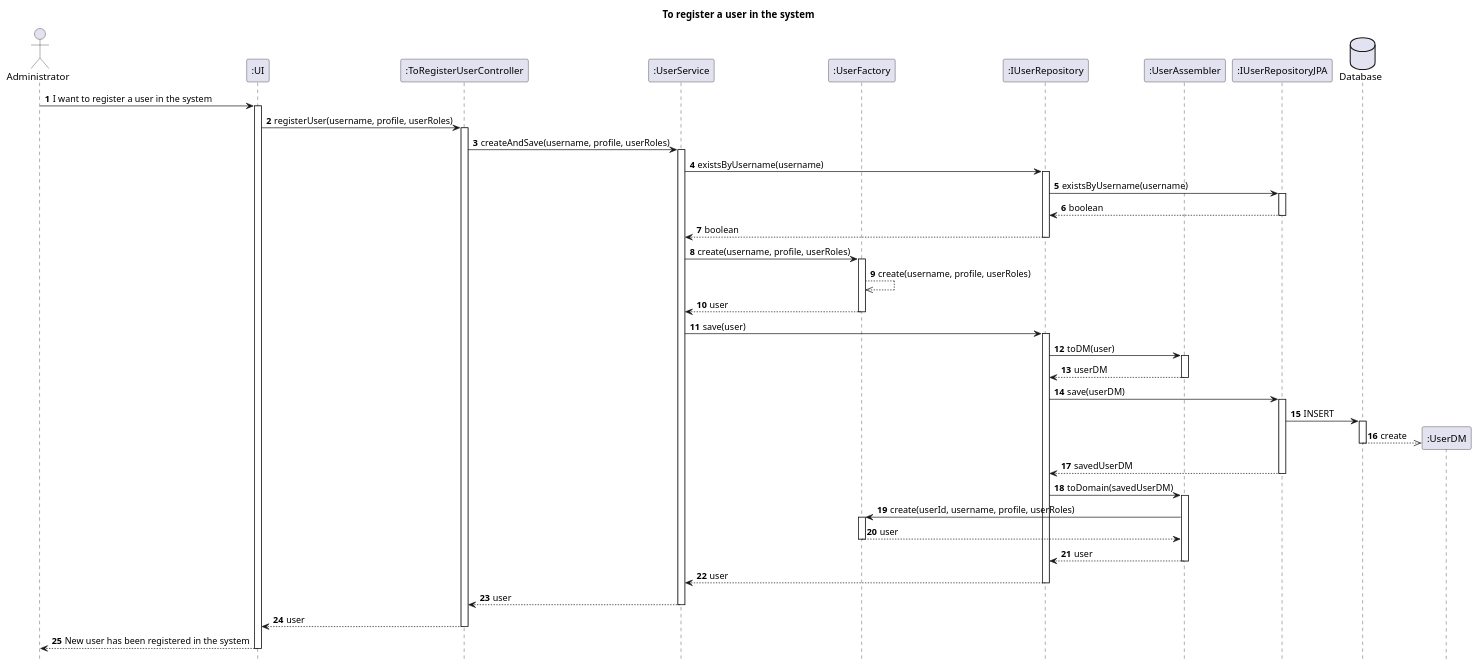
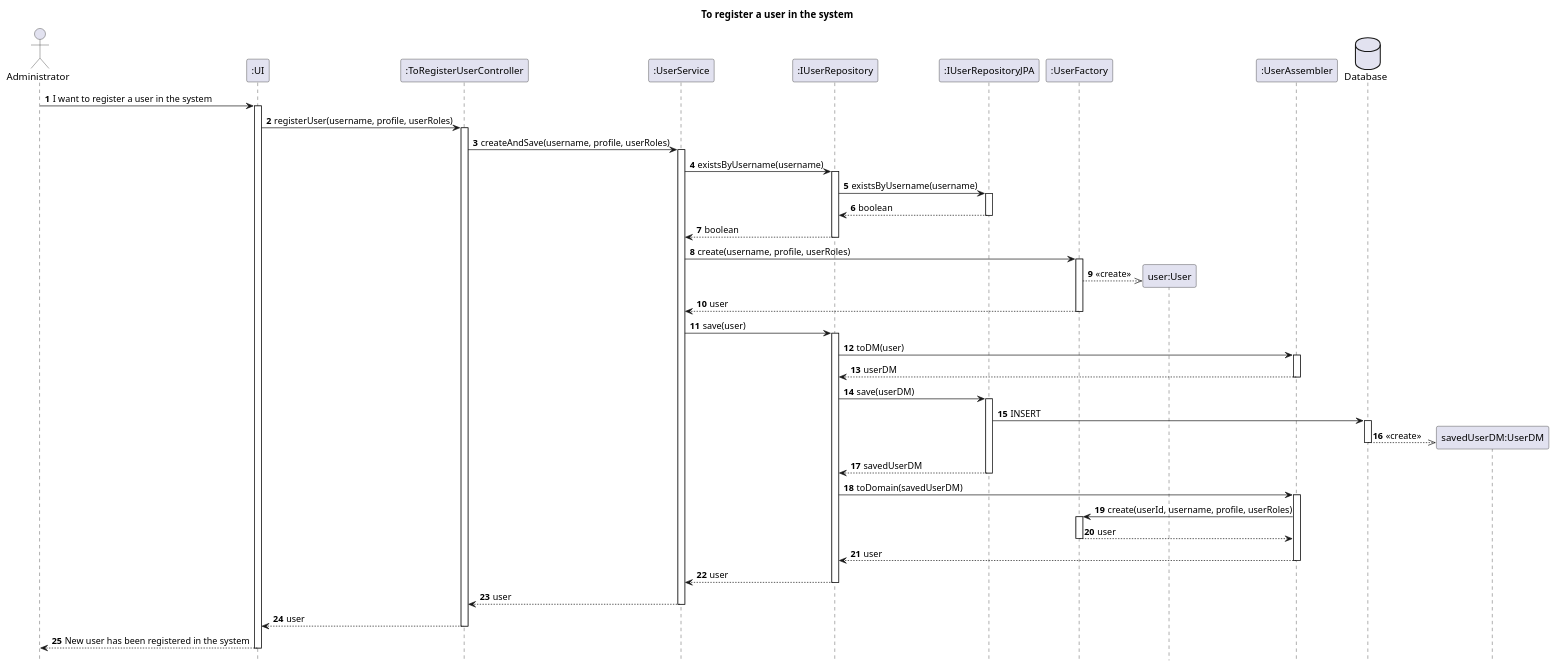
One commit to AndrePereiraGitH/SWitCH-Project-Team_A changed the diagram in Diagrams/SequenceDiagrams/N2/To-register-a-user.puml. Above: the diagram before and after it, drawn with PlantUML.

Commit message:
docs #747: fixed SD according to PR feedback

```diff
--- a/Diagrams/SequenceDiagrams/N2/To-register-a-user.puml
+++ b/Diagrams/SequenceDiagrams/N2/To-register-a-user.puml
@@ -1,86 +1,86 @@
 @startuml
 
 hide footbox
 autonumber
 
 title To register a user in the system
 
 actor Administrator
 participant ":UI" as UI
 participant ":ToRegisterUserController" as Controller
 participant ":UserService" as Service
+participant ":IUserRepository" as Repository
+participant ":IUserRepositoryJPA" as RepositoryJPAInterface
 participant ":UserFactory" as Factory
-participant ":IUserRepository" as Repository
+participant "user:User" as user
 participant ":UserAssembler" as Assembler
-participant ":IUserRepositoryJPA" as RepositoryJPAInterface
 database "Database" as DB
+participant "savedUserDM:UserDM" as savedUserDM
 
 Administrator -> UI : I want to register a user in the system
 activate UI
 
 UI -> Controller : registerUser(username, profile, userRoles)
 activate Controller
 
 Controller -> Service : createAndSave(username, profile, userRoles)
 activate Service
 
 Service -> Repository : existsByUsername(username)
 activate Repository
 Repository -> RepositoryJPAInterface : existsByUsername(username)
 activate RepositoryJPAInterface
 RepositoryJPAInterface --> Repository : boolean
 deactivate RepositoryJPAInterface
 Repository --> Service : boolean
 deactivate Repository
 
 Service -> Factory : create(username, profile, userRoles)
 activate Factory
 
-Factory -->> Factory : create(username, profile, userRoles)
+Factory -->> user ** : <<create>>
 
 Factory --> Service : user
 deactivate Factory
 
 Service -> Repository : save(user)
 activate Repository
 
 Repository -> Assembler : toDM(user)
 activate Assembler
 Assembler --> Repository : userDM
 deactivate Assembler
 
 Repository -> RepositoryJPAInterface : save(userDM)
 activate RepositoryJPAInterface
 
 RepositoryJPAInterface -> DB : INSERT
 activate DB
-
-create participant ":UserDM" as SavedUserDM
-DB -->> SavedUserDM : create
+DB -->> savedUserDM ** : <<create>>
 deactivate DB
 
 RepositoryJPAInterface --> Repository : savedUserDM
 deactivate RepositoryJPAInterface
 
 Repository -> Assembler : toDomain(savedUserDM)
 activate Assembler
 Assembler -> Factory : create(userId, username, profile, userRoles)
 activate Factory
 Factory --> Assembler : user
 deactivate Factory
 Assembler --> Repository : user
 deactivate Assembler
 
 Repository --> Service : user
 deactivate Repository
 
 Service --> Controller : user
 deactivate Service
 
 Controller --> UI : user
 deactivate Controller
 
 UI --> Administrator : New user has been registered in the system
 deactivate UI
 
 @enduml
```
